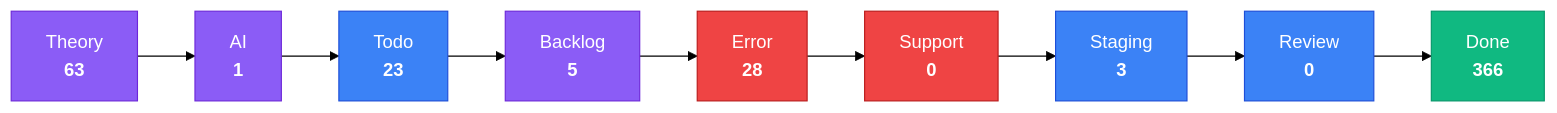
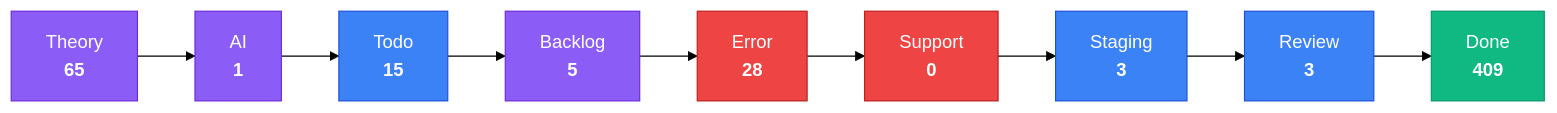
One commit to KBVE/kbve changed the third of 4 diagrams in apps/kbve/astro-kbve/src/content/docs/dashboard/kanban-data.mdx. Above: the diagram before and after it, drawn with Mermaid (forest theme). The commit also changed other lines of this file and 8 other files, not shown here.

````diff
--- a/apps/kbve/astro-kbve/src/content/docs/dashboard/kanban-data.mdx
+++ b/apps/kbve/astro-kbve/src/content/docs/dashboard/kanban-data.mdx
@@ -79,28 +80,28 @@
 ```mermaid
 flowchart LR
     classDef planning fill:#8b5cf6,stroke:#6d28d9,color:#fff
     classDef active fill:#3b82f6,stroke:#1d4ed8,color:#fff
     classDef blocked fill:#ef4444,stroke:#b91c1c,color:#fff
     classDef done fill:#10b981,stroke:#059669,color:#fff
-    Theory["Theory<br/><strong>63</strong>"]
+    Theory["Theory<br/><strong>65</strong>"]
     Theory --> AI
     AI["AI<br/><strong>1</strong>"]
     AI --> Todo
-    Todo["Todo<br/><strong>23</strong>"]
+    Todo["Todo<br/><strong>15</strong>"]
     Todo --> Backlog
     Backlog["Backlog<br/><strong>5</strong>"]
     Backlog --> Error
     Error["Error<br/><strong>28</strong>"]
     Error --> Support
     Support["Support<br/><strong>0</strong>"]
     Support --> Staging
     Staging["Staging<br/><strong>3</strong>"]
     Staging --> Review
-    Review["Review<br/><strong>0</strong>"]
+    Review["Review<br/><strong>3</strong>"]
     Review --> Done
-    Done["Done<br/><strong>366</strong>"]
+    Done["Done<br/><strong>409</strong>"]
     class Theory,AI,Backlog planning
     class Todo,Staging,Review active
     class Error,Support blocked
     class Done done
 ```
````
